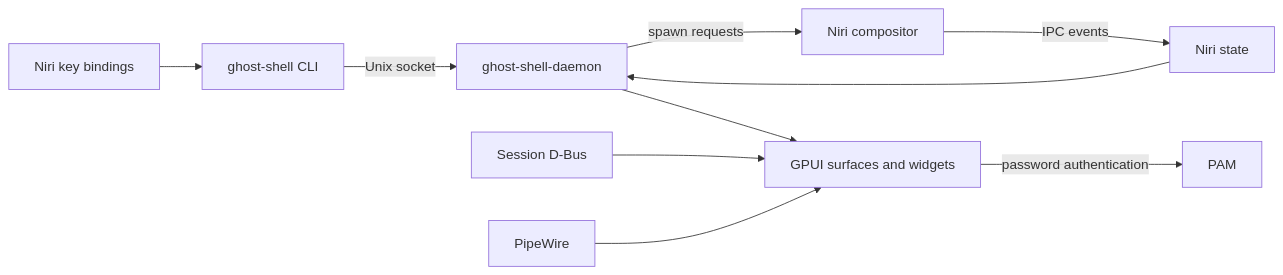
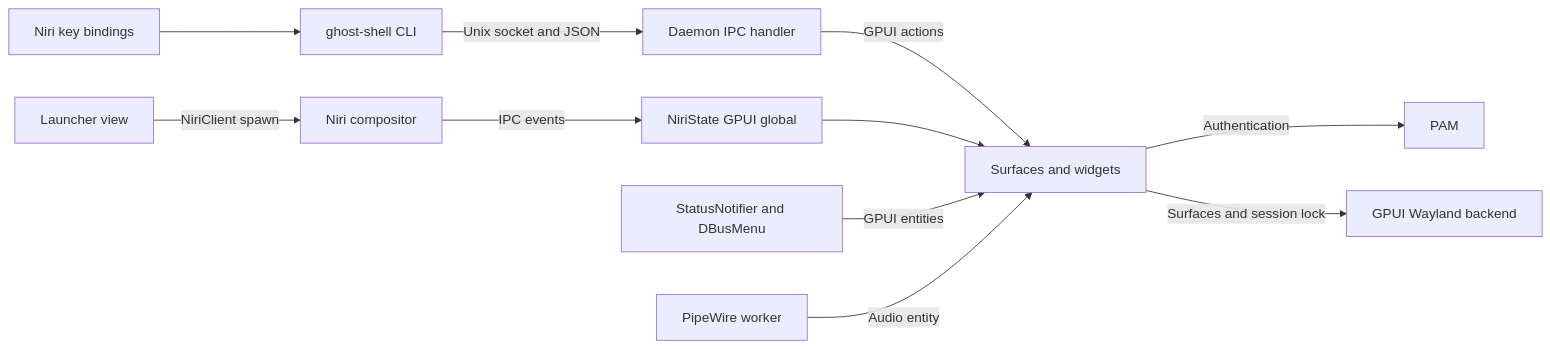
One commit to thatwhichisdev/ghost-shell changed the first of 2 diagrams in docs/wiki/Architecture.md. Above: the diagram before and after it, drawn with Mermaid. The commit also changed other lines of this file and 4 other files, not shown here.

````diff
--- a/docs/wiki/Architecture.md
+++ b/docs/wiki/Architecture.md
@@ -11,12 +51,13 @@
 ```mermaid
 flowchart LR
     Keys[Niri key bindings] --> CLI[ghost-shell CLI]
-    CLI -->|Unix socket| Daemon[ghost-shell-daemon]
-    Niri[Niri compositor] -->|IPC events| State[Niri state]
-    State --> Daemon
-    Daemon -->|spawn requests| Niri
-    Daemon --> UI[GPUI surfaces and widgets]
-    DBus[Session D-Bus] --> UI
-    PipeWire[PipeWire] --> UI
-    UI -->|password authentication| PAM[PAM]
+    CLI -->|Unix socket and JSON| IPC[Daemon IPC handler]
+    IPC -->|GPUI actions| Views[Surfaces and widgets]
+    Niri[Niri compositor] -->|IPC events| State[NiriState GPUI global]
+    State --> Views
+    Launcher[Launcher view] -->|NiriClient spawn| Niri
+    DBus[StatusNotifier and DBusMenu] -->|GPUI entities| Views
+    PipeWire[PipeWire worker] -->|Audio entity| Views
+    Views -->|Authentication| PAM[PAM]
+    Views -->|Surfaces and session lock| GPUI[GPUI Wayland backend]
 ```
````
